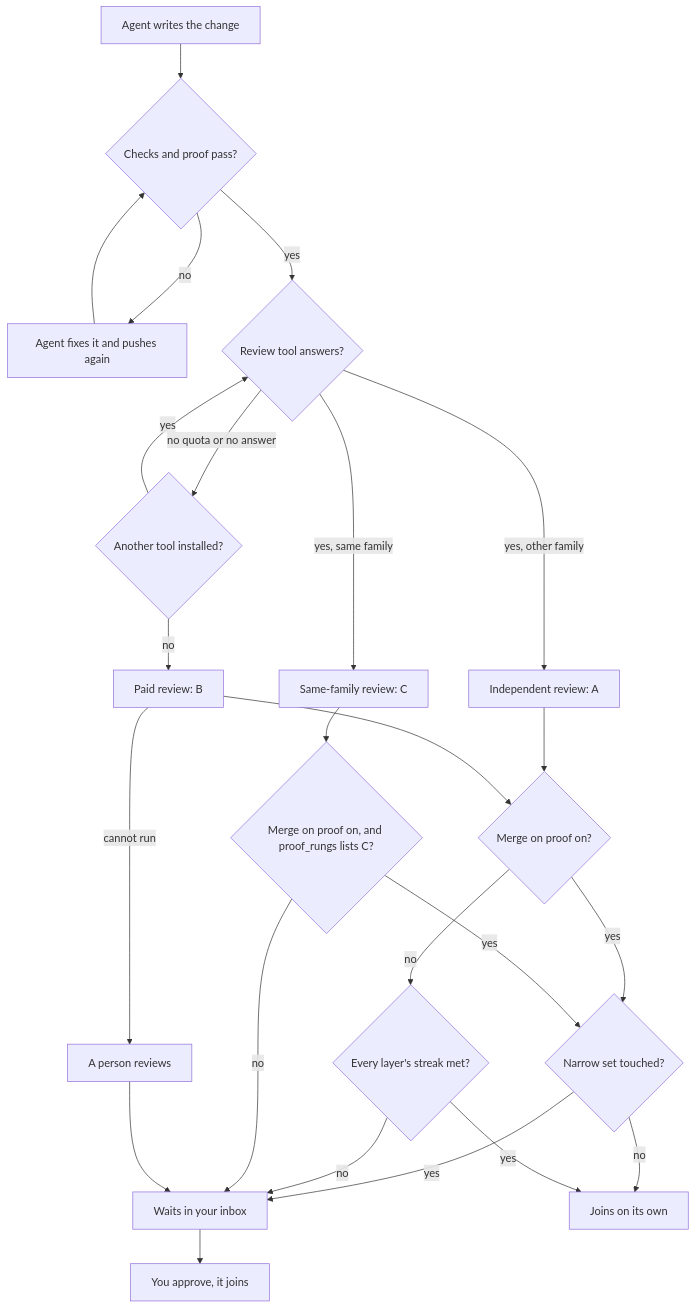
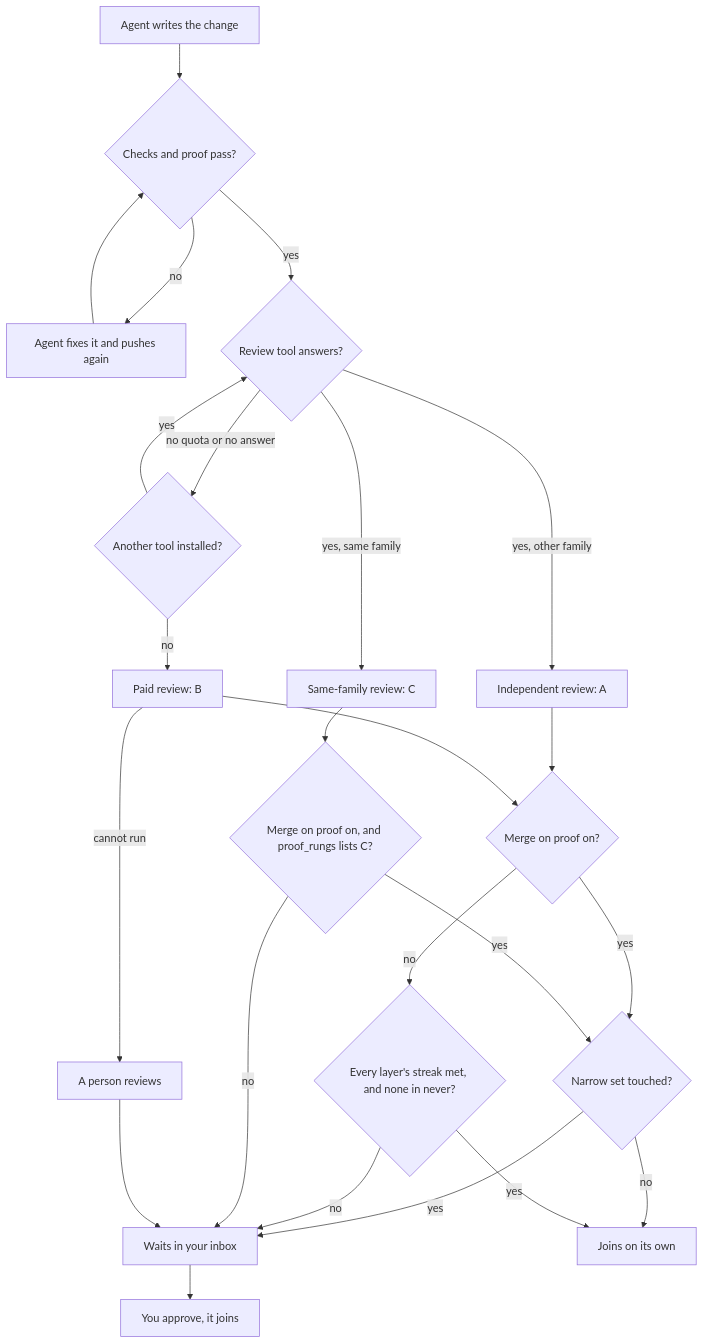
Before and after one commit to rahulnakmol/agentic-ayudha: the diagram in docs/releases/v0.3.0.md, drawn with Mermaid. The commit also changed other lines of this file and 1 other file, not shown here.

First line of the commit message:
docs(release): never layers block the streak, and step 6 merges by hand

````diff
--- a/docs/releases/v0.3.0.md
+++ b/docs/releases/v0.3.0.md
@@ -106,26 +106,26 @@
 ```mermaid
 flowchart TD
     A[Agent writes the change] --> B{Checks and proof pass?}
     B -->|no| R[Agent fixes it and pushes again]
     R --> B
     B -->|yes| D{Review tool answers?}
     D -->|yes, other family| E[Independent review: A]
     D -->|yes, same family| C3[Same-family review: C]
     D -->|no quota or no answer| N{Another tool installed?}
     N -->|yes| D
     N -->|no| F[Paid review: B]
     F -->|cannot run| P[A person reviews]
     E --> M{Merge on proof on?}
     F --> M
     M -->|yes| G{Narrow set touched?}
     G -->|yes| I[Waits in your inbox]
     G -->|no| H[Joins on its own]
-    M -->|no| K{Every layer's streak met?}
+    M -->|no| K{Every layer's streak met, and none in never?}
     K -->|yes| H
     K -->|no| I
     C3 --> Q{Merge on proof on, and proof_rungs lists C?}
     Q -->|yes| G
     Q -->|no| I
     P --> I
     I --> J[You approve, it joins]
 ```
````
